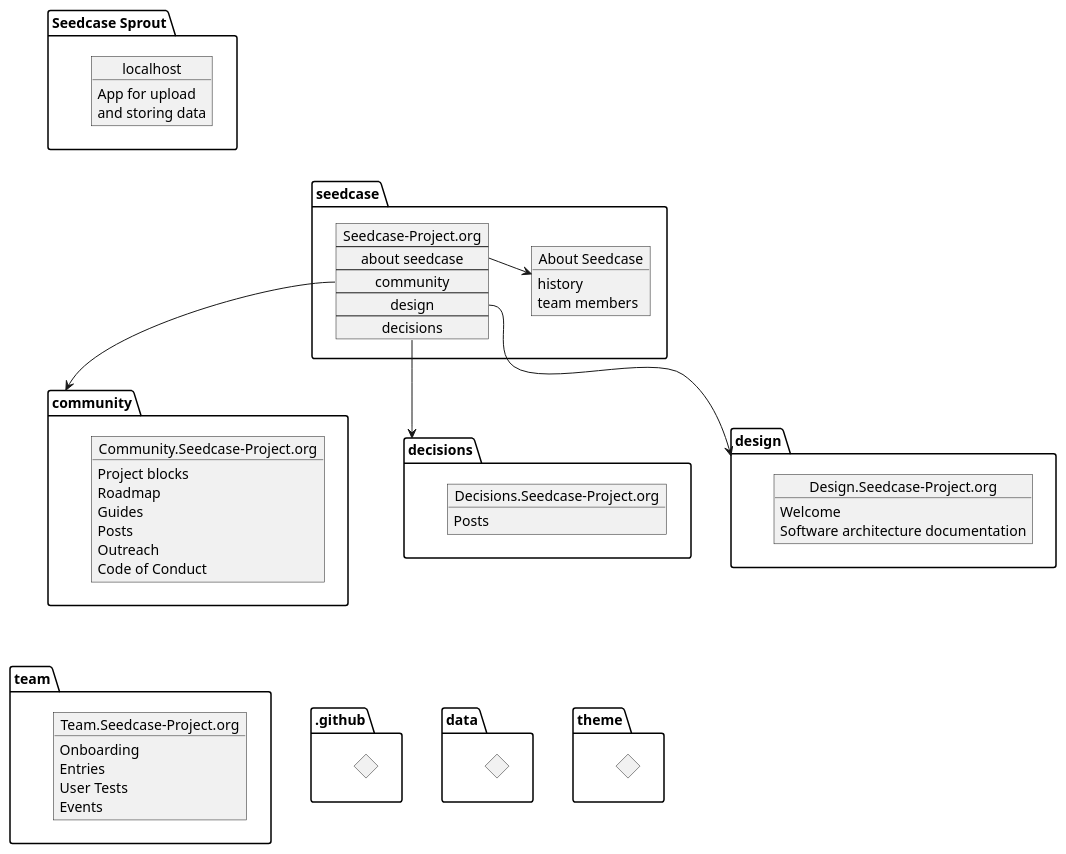
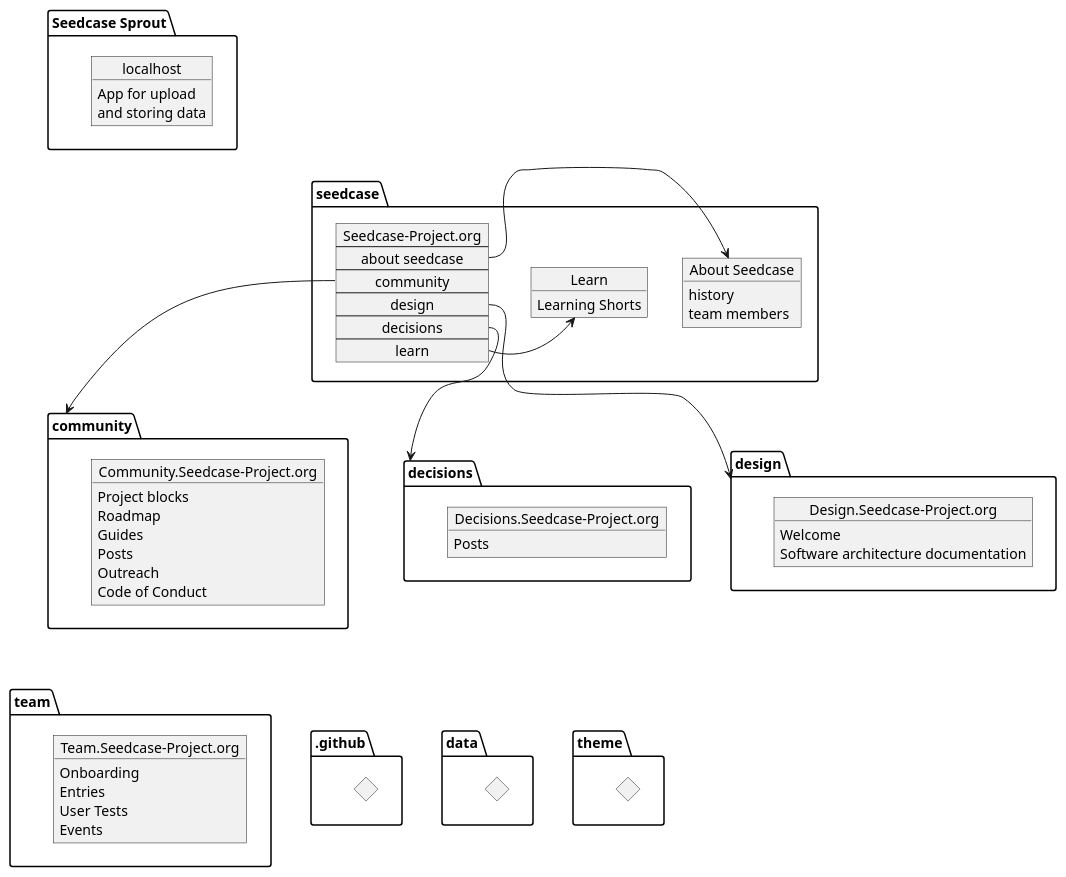
Before and after one commit to seedcase-project/team: the diagram in entries/repo-website-overview.puml, drawn with PlantUML.

Commit message:
docs: add learn as a page under seedcase-website

```diff
--- a/entries/repo-website-overview.puml
+++ b/entries/repo-website-overview.puml
@@ -1,75 +1,80 @@
 @startuml Repos-Sites
 
   package .github as GIT {
       diamond dia1
   }
 
   package data as DAT {
       diamond dia2
   }
 
   package theme as THE {
       diamond dia3
   }
 
   package community as COM {
       object "Community.Seedcase-Project.org" as CSP {
         Project blocks
         Roadmap
         Guides
         Posts
         Outreach
         Code of Conduct
       }
   }
 
   package decisions as DEC {
       object "Decisions.Seedcase-Project.org" as DeCP {
         Posts
       }
   }
 
   package design as DES {
       object "Design.Seedcase-Project.org" as DeSP {
         Welcome
         Software architecture documentation
       }
   }
 
   package team as TEA {
       object "Team.Seedcase-Project.org" as TSP {
         Onboarding
         Entries
         User Tests
         Events
       }
   }
 
   package "Seedcase Sprout" as SPROUT {
       object "localhost" as SSP {
         App for upload
         and storing data 
       }
   }
 
   package seedcase {
       object "About Seedcase" as ABOUT {
         history
         team members 
       }
 
+      object "Learn" as LEA {
+        Learning Shorts
+      }
+
       map "Seedcase-Project.org" as SP {
         about seedcase *-> ABOUT
         community *--> COM
         design *--> DES
         decisions *--> DEC
+        learn *-> LEA
       }
   }  
 
 COM -[hidden]--> TEA
 DEC -[hidden]--> GIT
 DEC -[hidden]--> DAT
 DEC -[hidden]--> THE
 SPROUT -[hidden]--> COM 
 
 @enduml
```
